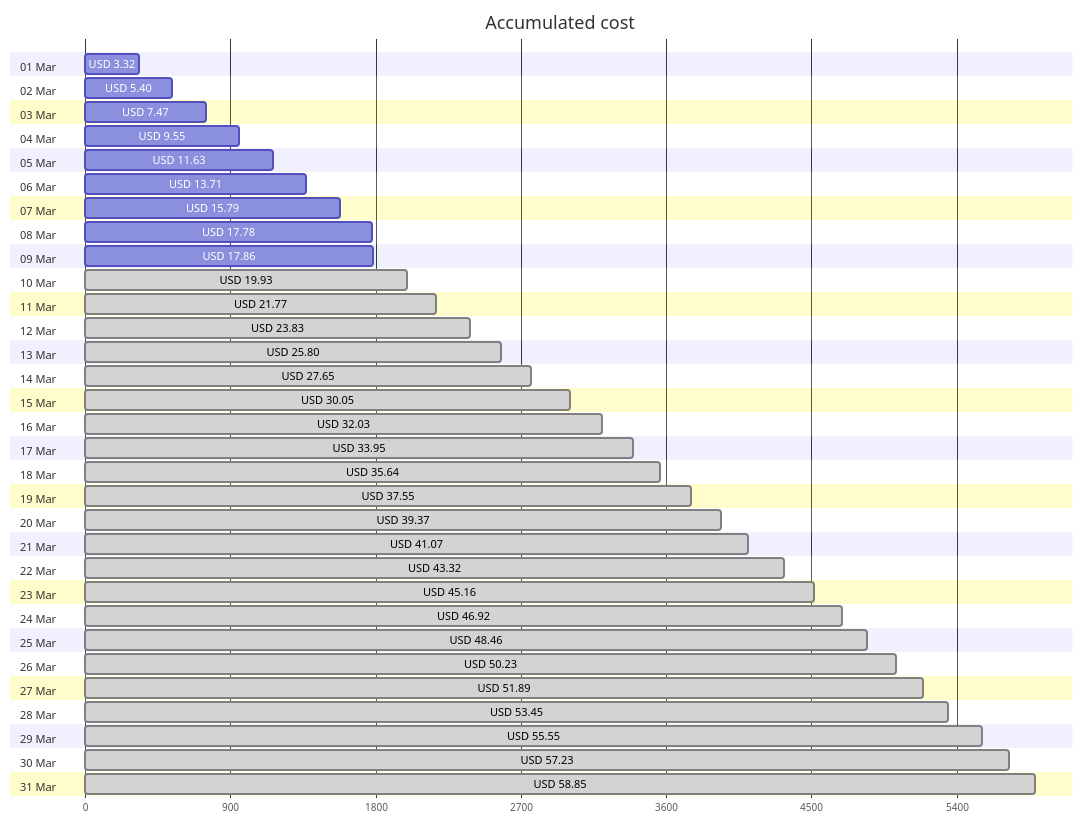
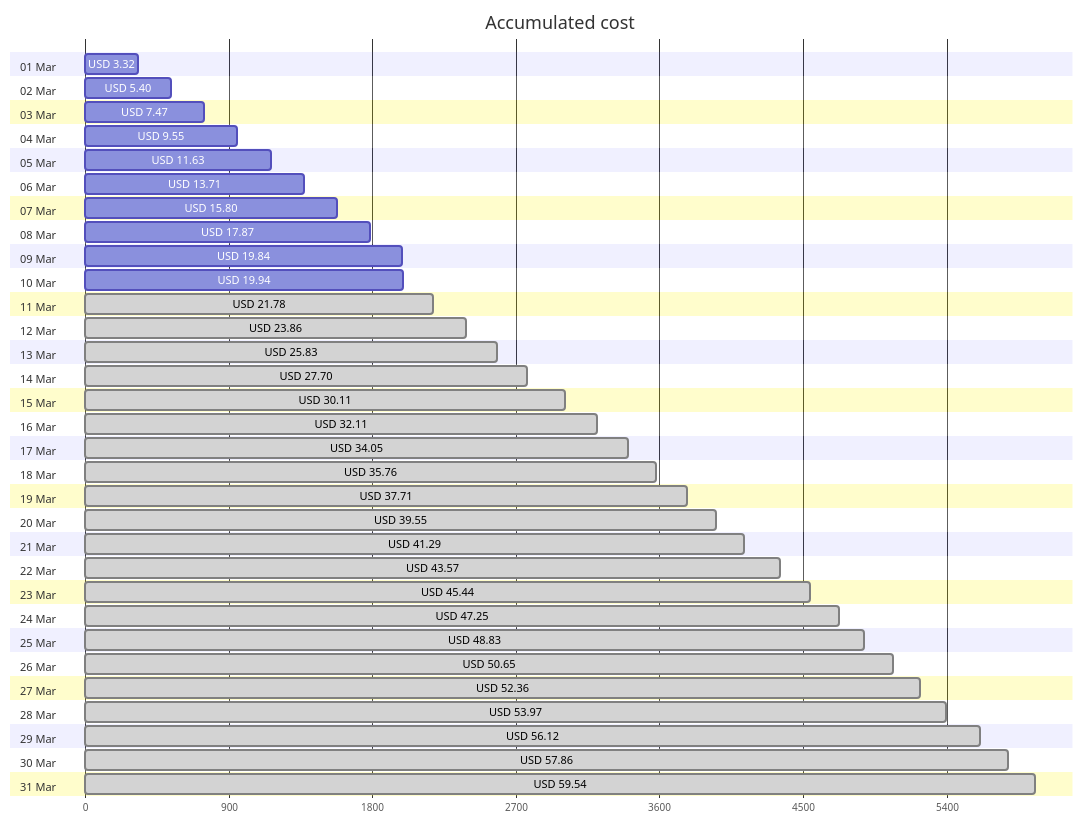
Before and after one commit to jpfulton/azure-personal-reports: the first of 4 diagrams in cost-reports/accumulated-cost.md, drawn with Mermaid. The commit also changed other lines of this file and 4 other files, not shown here.

````diff
--- a/cost-reports/accumulated-cost.md
+++ b/cost-reports/accumulated-cost.md
@@ -20,68 +20,68 @@
 ```mermaid
 gantt
    title Accumulated cost
    dateFormat  X
    axisFormat %s
    section 01 Mar
    USD 3.32 :0, 332
    section 02 Mar
    USD 5.40 :0, 540
    section 03 Mar
    USD 7.47 :0, 747
    section 04 Mar
    USD 9.55 :0, 955
    section 05 Mar
    USD 11.63 :0, 1163
    section 06 Mar
    USD 13.71 :0, 1371
    section 07 Mar
-   USD 15.79 :0, 1579
+   USD 15.80 :0, 1580
    section 08 Mar
-   USD 17.78 :0, 1778
+   USD 17.87 :0, 1787
    section 09 Mar
-   USD 17.86 :0, 1786
+   USD 19.84 :0, 1984
    section 10 Mar
-   USD 19.93 : done, 0, 1993
+   USD 19.94 :0, 1994
    section 11 Mar
-   USD 21.77 : done, 0, 2177
+   USD 21.78 : done, 0, 2178
    section 12 Mar
-   USD 23.83 : done, 0, 2383
+   USD 23.86 : done, 0, 2386
    section 13 Mar
-   USD 25.80 : done, 0, 2580
+   USD 25.83 : done, 0, 2583
    section 14 Mar
-   USD 27.65 : done, 0, 2765
+   USD 27.70 : done, 0, 2770
    section 15 Mar
-   USD 30.05 : done, 0, 3005
+   USD 30.11 : done, 0, 3011
    section 16 Mar
-   USD 32.03 : done, 0, 3203
+   USD 32.11 : done, 0, 3211
    section 17 Mar
-   USD 33.95 : done, 0, 3395
+   USD 34.05 : done, 0, 3405
    section 18 Mar
-   USD 35.64 : done, 0, 3564
+   USD 35.76 : done, 0, 3576
    section 19 Mar
-   USD 37.55 : done, 0, 3755
+   USD 37.71 : done, 0, 3771
    section 20 Mar
-   USD 39.37 : done, 0, 3937
+   USD 39.55 : done, 0, 3955
    section 21 Mar
-   USD 41.07 : done, 0, 4107
+   USD 41.29 : done, 0, 4129
    section 22 Mar
-   USD 43.32 : done, 0, 4332
+   USD 43.57 : done, 0, 4357
    section 23 Mar
-   USD 45.16 : done, 0, 4516
+   USD 45.44 : done, 0, 4544
    section 24 Mar
-   USD 46.92 : done, 0, 4692
+   USD 47.25 : done, 0, 4725
    section 25 Mar
-   USD 48.46 : done, 0, 4846
+   USD 48.83 : done, 0, 4883
    section 26 Mar
-   USD 50.23 : done, 0, 5023
+   USD 50.65 : done, 0, 5065
    section 27 Mar
-   USD 51.89 : done, 0, 5189
+   USD 52.36 : done, 0, 5236
    section 28 Mar
-   USD 53.45 : done, 0, 5345
+   USD 53.97 : done, 0, 5397
    section 29 Mar
-   USD 55.55 : done, 0, 5555
+   USD 56.12 : done, 0, 5612
    section 30 Mar
-   USD 57.23 : done, 0, 5723
+   USD 57.86 : done, 0, 5786
    section 31 Mar
-   USD 58.85 : done, 0, 5885
+   USD 59.54 : done, 0, 5954
 ```
````
